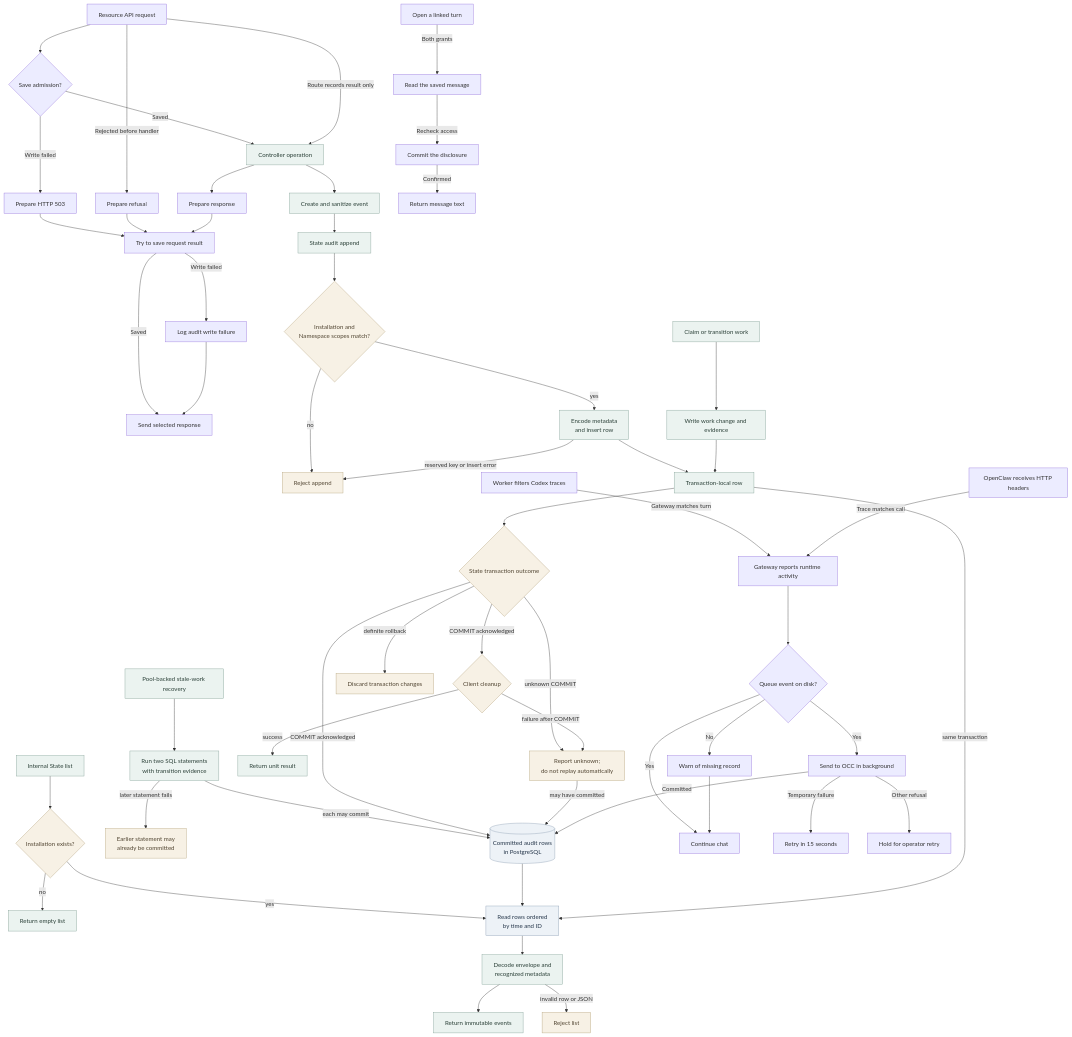
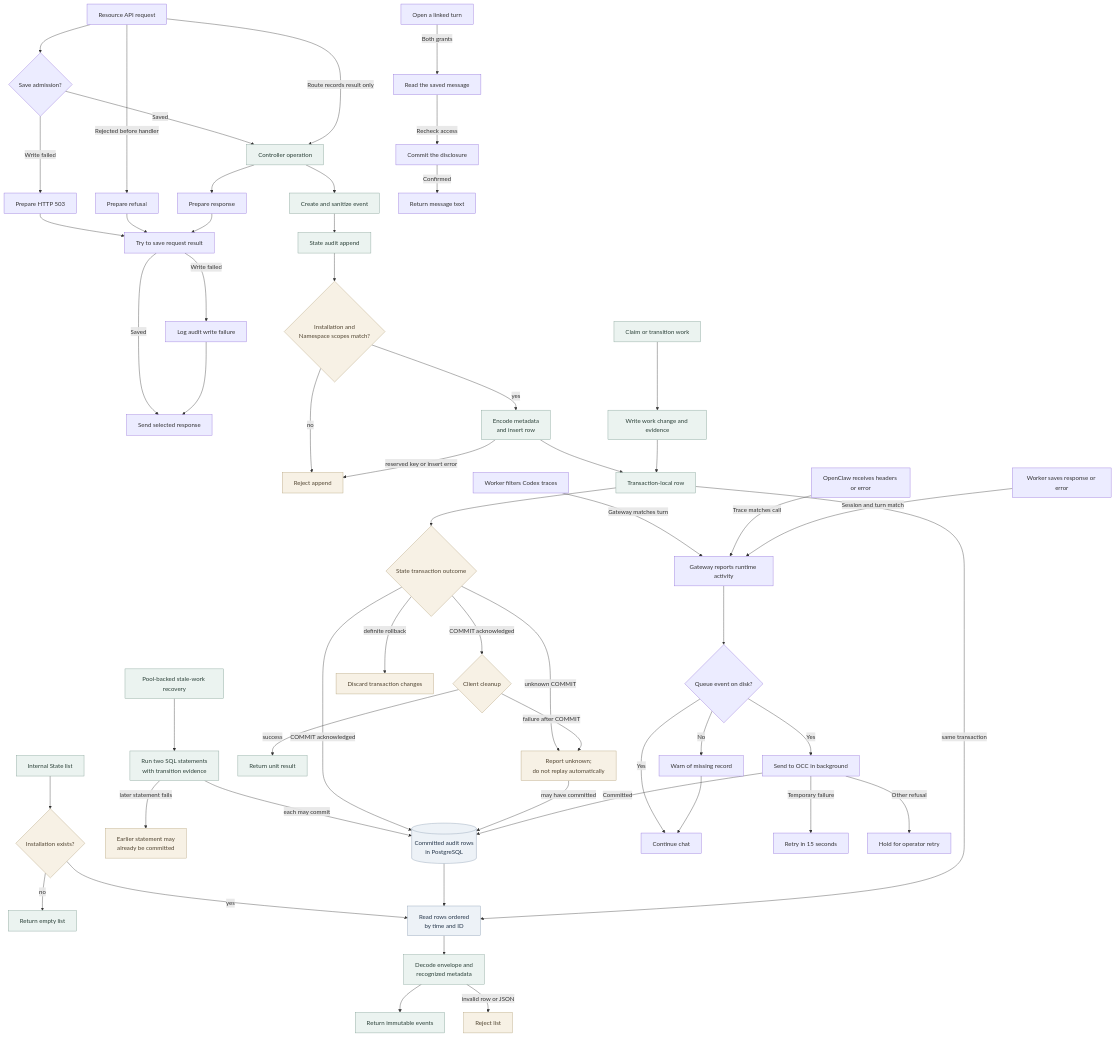
The diagram in docs/flows/audit-ledger.md (openclaw/openclaw-enterprise), drawn with Mermaid before and after one commit. The commit also changed other lines of this file and 17 other files, not shown here.

````diff
--- a/docs/flows/audit-ledger.md
+++ b/docs/flows/audit-ledger.md
@@ -28,63 +28,64 @@
 ```mermaid
 graph TD
   HTTP["Resource API request"] --> Admission{"Save admission?"}
   Admission -->|Saved| Request
   Admission -->|Write failed| Refused["Prepare HTTP 503"]
   HTTP -->|Rejected before handler| RefusedEarly["Prepare refusal"]
   HTTP -->|Route records result only| Request
   Request --> HTTPResult["Prepare response"]
   Refused --> ResultEvent["Try to save request result"]
   RefusedEarly --> ResultEvent
   HTTPResult --> ResultEvent
   ResultEvent -->|Saved| Send["Send selected response"]
   ResultEvent -->|Write failed| Diagnostic["Log audit write failure"]
   Diagnostic --> Send
   Request["Controller operation"] --> Factory["Create and sanitize event"]
   Factory --> Append["State audit append"]
   Append --> Scope{"Installation and<br/>Namespace scopes match?"}
   Scope -->|yes| Encode["Encode metadata<br/>and insert row"]
   Scope -->|no| Reject["Reject append"]
   Encode --> Pending["Transaction-local row"]
   Encode -->|reserved key or insert error| Reject
   Queue["Claim or transition work"] --> QueueSQL["Write work change and evidence"]
   QueueSQL --> Pending
   DirectQueue["Pool-backed stale-work recovery"] --> DirectSQL["Run two SQL statements<br/>with transition evidence"]
   DirectSQL -->|each may commit| Ledger
   DirectSQL -->|later statement fails| Partial["Earlier statement may<br/>already be committed"]
   Pending --> Commit{"State transaction outcome"}
   Commit -->|COMMIT acknowledged| Ledger[("Committed audit rows<br/>in PostgreSQL")]
   Commit -->|COMMIT acknowledged| Cleanup{"Client cleanup"}
   Commit -->|definite rollback| RolledBack["Discard transaction changes"]
   Commit -->|unknown COMMIT| Unknown["Report unknown;<br/>do not replay automatically"]
   Unknown -->|may have committed| Ledger
   Cleanup -->|success| Returned["Return unit result"]
   Cleanup -->|failure after COMMIT| Unknown
   Reader["Internal State list"] --> Installation{"Installation exists?"}
   Installation -->|no| Empty["Return empty list"]
   Installation -->|yes| Rows["Read rows ordered<br/>by time and ID"]
   Ledger --> Rows
   Pending -->|same transaction| Rows
   Rows --> Decode["Decode envelope and<br/>recognized metadata"]
   Decode --> Result["Return immutable events"]
   Decode -->|invalid row or JSON| Error["Reject list"]
   Linked["Open a linked turn"] -->|Both grants| Lookup["Read the saved message"]
   Lookup -->|Recheck access| Disclose["Commit the disclosure"]
   Disclose -->|Confirmed| Text["Return message text"]
   Codex["Worker filters Codex traces"] -->|Gateway matches turn| Gateway
-  Embedded["OpenClaw receives HTTP headers"] -->|Trace matches call| Gateway
+  Embedded["OpenClaw receives headers or error"] -->|Trace matches call| Gateway
+  Dedicated["Worker saves response or error"] -->|Session and turn match| Gateway
   Gateway["Gateway reports runtime activity"] --> Local{"Queue event on disk?"}
   Local -->|Yes| Continue["Continue chat"]
   Local -->|Yes| Deliver["Send to OCC in background"]
   Local -->|No| Warn["Warn of missing record"]
   Warn --> Continue
   Deliver -->|Temporary failure| Retry["Retry in 15 seconds"]
   Deliver -->|Other refusal| Hold["Hold for operator retry"]
   Deliver -->|Committed| Ledger
 
   classDef storage fill:#EDF2F7,stroke:#879AB0,color:#25364A,stroke-width:1px
   classDef operation fill:#EBF3F0,stroke:#7F9D93,color:#2B4038,stroke-width:1px
   classDef gate fill:#F7F1E5,stroke:#B3A078,color:#514532,stroke-width:1px
   class Ledger,Rows storage
   class Request,Factory,Append,Encode,Queue,QueueSQL,DirectQueue,DirectSQL,Pending,Reader,Decode,Result,Empty,Returned operation
   class Scope,Reject,Commit,RolledBack,Unknown,Cleanup,Installation,Error,Partial gate
 ```
````
